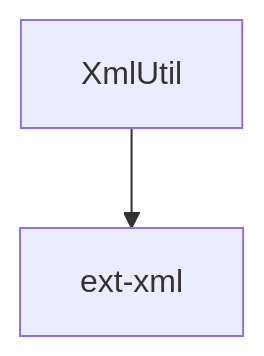
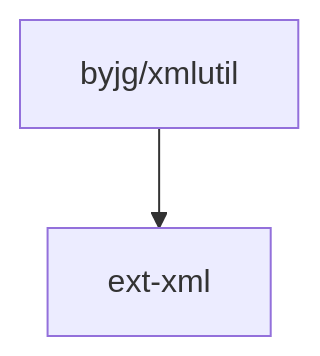
The diagram in README.md (byjg/php-xmlutil), drawn with Mermaid before and after one commit.

Commit message:
Add Dependencies

````diff
--- a/README.md
+++ b/README.md
@@ -114,4 +114,4 @@
 ```mermaid
 flowchart TD
-    XmlUtil --> ext-xml
+    byjg/xmlutil --> ext-xml
 ```
````
